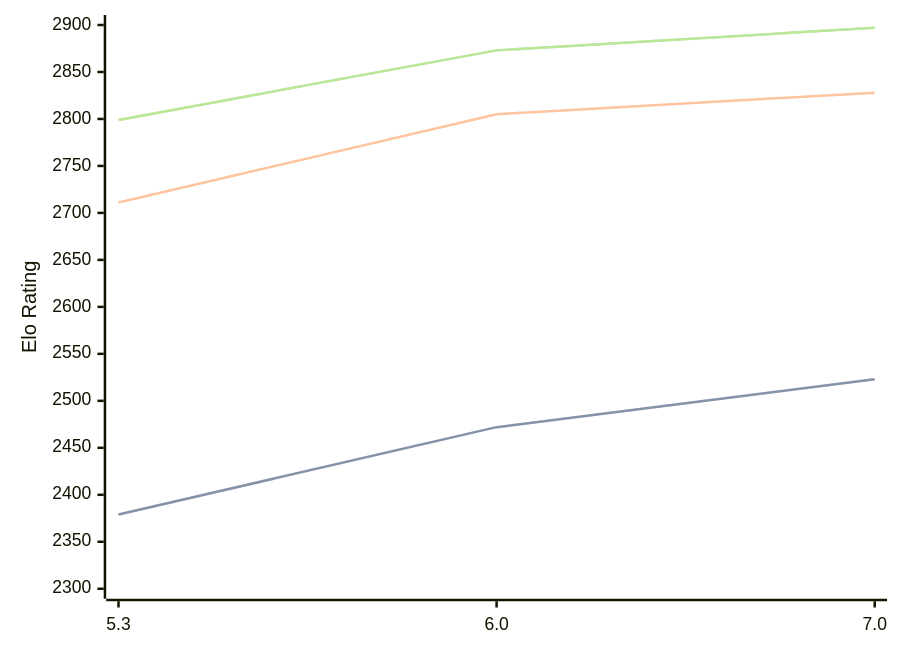
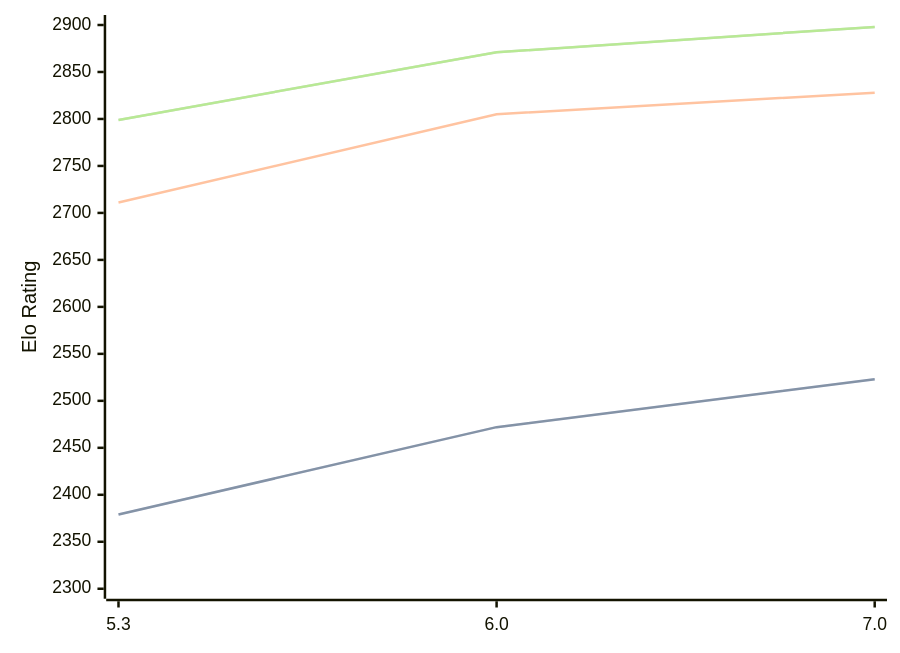
One commit to computer-chess-index/cci changed the diagram in engines/tomitankChess.md. Above: the diagram before and after it, drawn with Mermaid. The commit also changed other lines of this file, not shown here.

Commit message:
Update CCI Ratings (ELO VLTC) - 2026-08-10

````diff
--- a/engines/tomitankChess.md
+++ b/engines/tomitankChess.md
@@ -33,11 +33,11 @@
 ```mermaid
 %%{init: {"theme":"base","themeVariables":{"seriesColors:['#a3a3a3','#222221','#faa371']}}}%%
 xychart-beta
   x-axis ["5.3", "6.0", "7.0"]
   y-axis "Elo Rating" 2300 --> 2900
   line "STC (8.0+0.08s)" [2379, 2472, 2523]
   line "STC (8.0+0.08s)" [2379, 2472, 2523]
   line "LTC (60.0+0.60s)" [2711, 2805, 2828]
-  line "VLTC (2m24s+1.12s)" [2799, 2873, 2897]
-  line "VLTC (2m24s+1.12s)" [2799, 2873, 2897]
+  line "VLTC (2m24s+1.12s)" [2799, 2871, 2898]
+  line "VLTC (2m24s+1.12s)" [2799, 2871, 2898]
 ```
````
